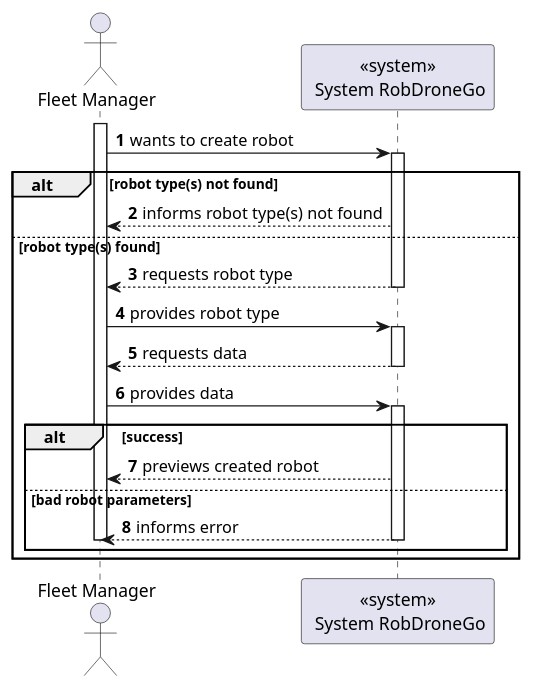
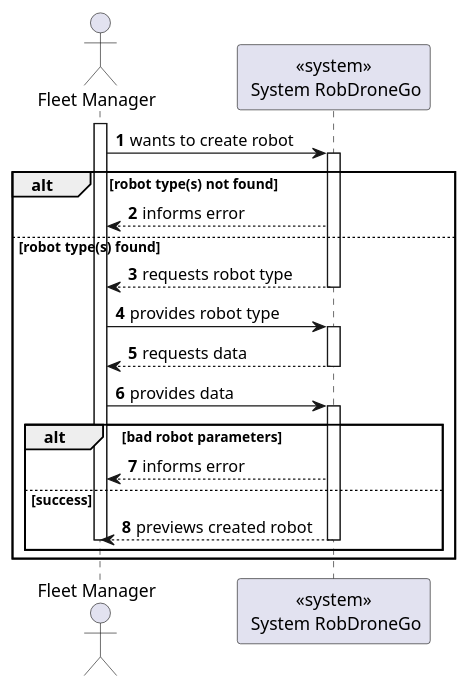
One commit to Departamento-de-Engenharia-Informatica/lapr5-23-24-g19 changed the diagram in docs/us1010/level1/process-view.puml. Above: the diagram before and after it, drawn with PlantUML. The commit also changed 6 other files, not shown here.

```diff
--- a/docs/us1010/level1/process-view.puml
+++ b/docs/us1010/level1/process-view.puml
@@ -1,33 +1,33 @@
 @startuml
 autonumber
 
 actor "Fleet Manager" as usr
 
 participant "<<system>>\n System RobDroneGo" as sys
 
 activate usr
     usr -> sys : wants to create robot
     activate sys
     alt robot type(s) not found
-        sys --> usr : informs robot type(s) not found
+        sys --> usr : informs error
     else robot type(s) found
         sys --> usr : requests robot type
     deactivate sys
 
     usr -> sys : provides robot type
     activate sys
         sys --> usr : requests data
     deactivate sys
 
     usr -> sys : provides data
     activate sys
-    alt success
+    alt bad robot parameters
+        sys --> usr : informs error
+    else success
         sys --> usr : previews created robot
-    else bad robot parameters
-        sys --> usr : informs error
     deactivate sys
 deactivate usr
 end
 end
 
 @enduml
```
